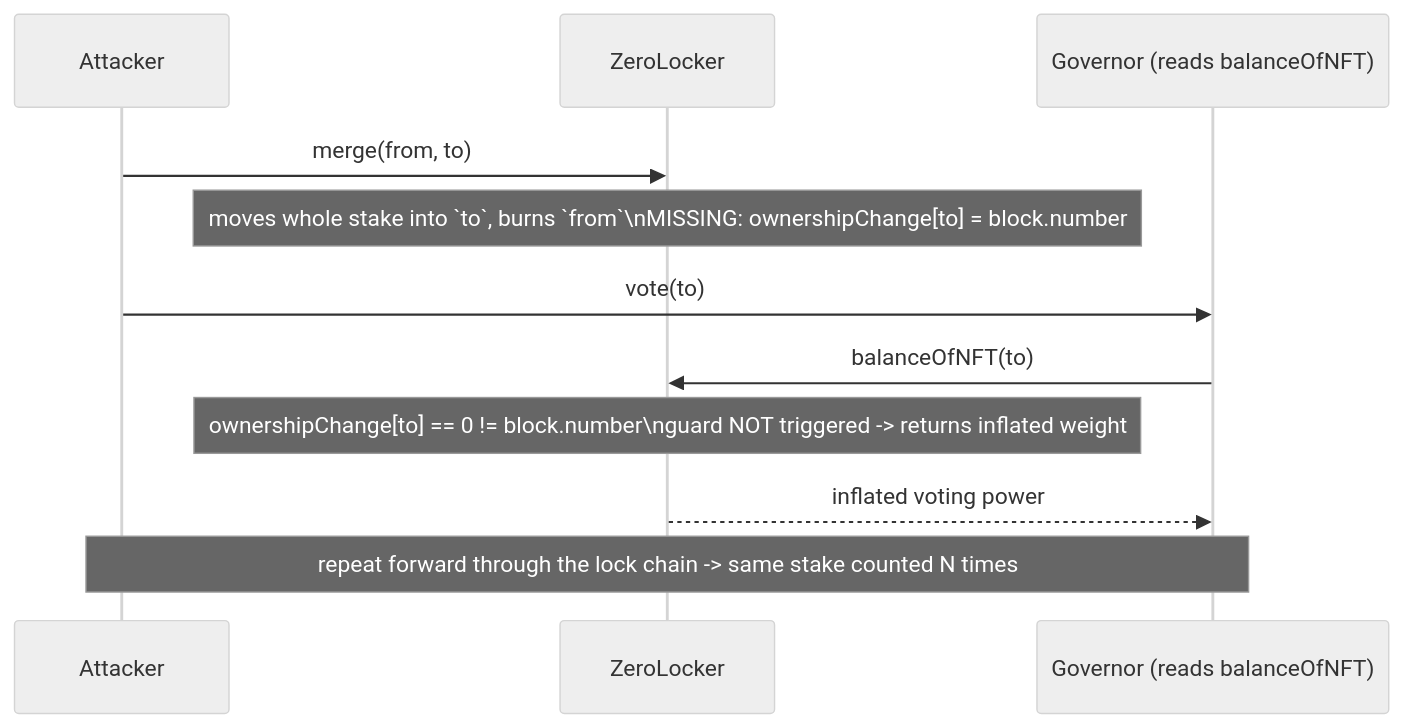
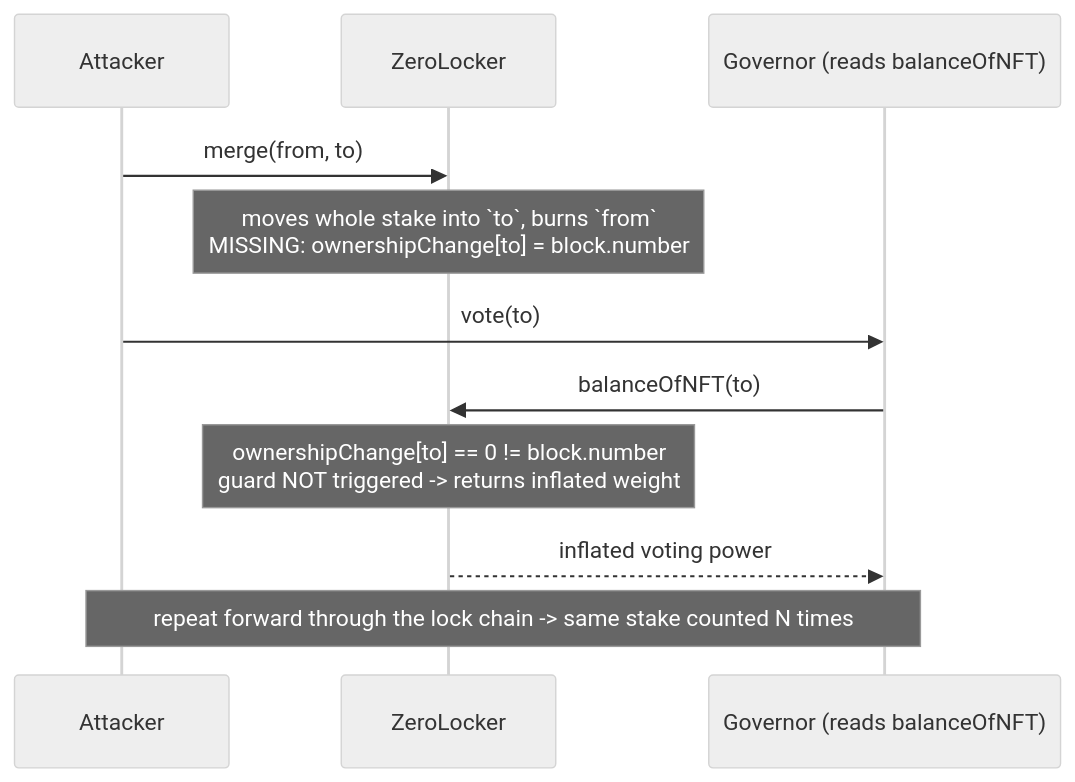
The second of 2 diagrams in 40818-a-malicious-user-can-inflate-his-voting-power-via-merge-cant_exp/40818-a-malicious-user-can-inflate-his-voting-power-via-merge-cant_exp.md (sanbir/evm-hack-registry), drawn with Mermaid (neutral theme) before and after one commit. The commit also changed 3 other files, not shown here.

````diff
--- a/40818-a-malicious-user-can-inflate-his-voting-power-via-merge-cant_exp/40818-a-malicious-user-can-inflate-his-voting-power-via-merge-cant_exp.md
+++ b/40818-a-malicious-user-can-inflate-his-voting-power-via-merge-cant_exp/40818-a-malicious-user-can-inflate-his-voting-power-via-merge-cant_exp.md
@@ -148,13 +148,13 @@
 ```mermaid
 sequenceDiagram
     participant U as Attacker
     participant L as ZeroLocker
     participant G as Governor (reads balanceOfNFT)
     U->>L: merge(from, to)
-    Note over L: moves whole stake into `to`, burns `from`\nMISSING: ownershipChange[to] = block.number
+    Note over L: moves whole stake into `to`, burns `from`<br/>MISSING: ownershipChange[to] = block.number
     U->>G: vote(to)
     G->>L: balanceOfNFT(to)
-    Note over L: ownershipChange[to] == 0 != block.number\nguard NOT triggered -> returns inflated weight
+    Note over L: ownershipChange[to] == 0 != block.number<br/>guard NOT triggered -> returns inflated weight
     L-->>G: inflated voting power
     Note over U,G: repeat forward through the lock chain -> same stake counted N times
 ```
````
